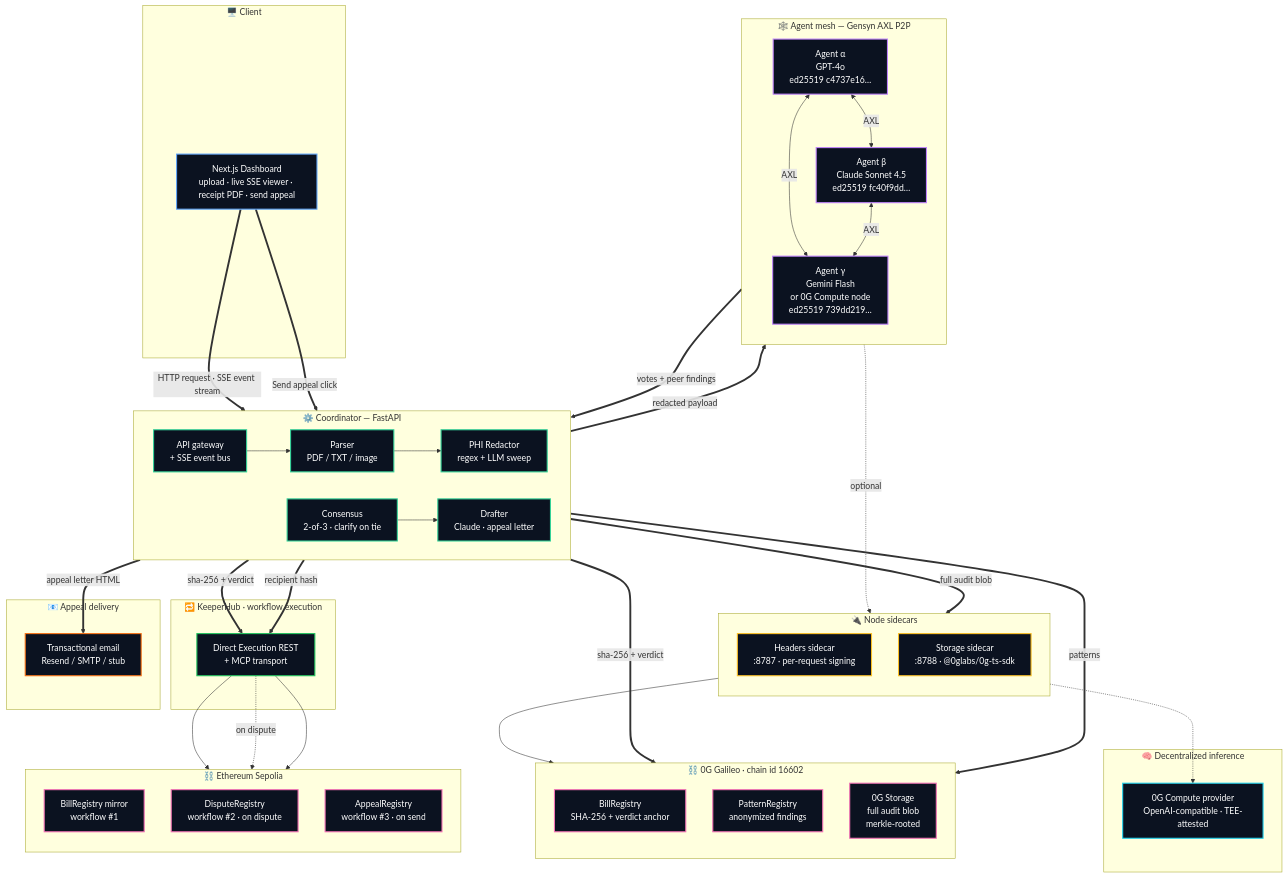
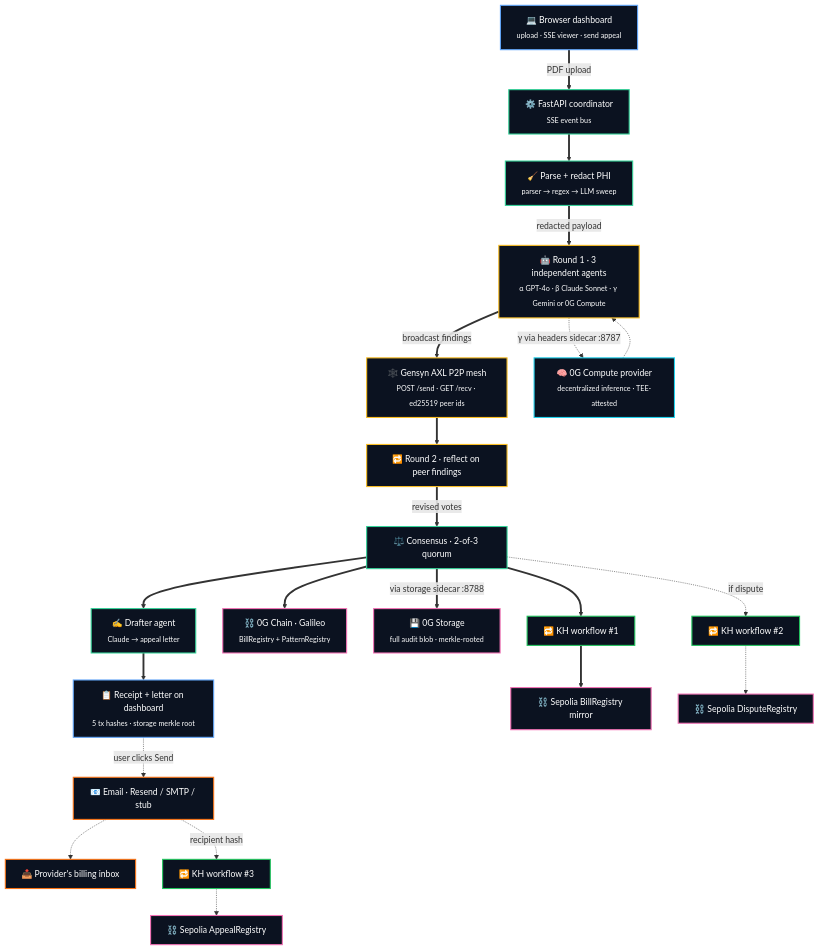
Before and after one commit to jhatch3/lethe-: the diagram in README.md, drawn with Mermaid.

Commit message:
diagrams

````diff
--- a/README.md
+++ b/README.md
@@ -98,92 +98,52 @@
 ```mermaid
 flowchart TB
-    subgraph Client["🖥️ Client"]
-        UI[Next.js Dashboard<br/>upload · live SSE viewer · receipt PDF · send appeal]
-    end
+    %% === Pipeline spine: top-to-bottom data flow, one main path ===
+    User["💻 Browser dashboard<br/><sub>upload · SSE viewer · send appeal</sub>"]
+    Parse["🧹 Parse + redact PHI<br/><sub>parser → regex → LLM sweep</sub>"]
+    Round1["🤖 Round 1 · 3 independent agents<br/><sub>α GPT-4o · β Claude Sonnet · γ Gemini or 0G Compute</sub>"]
+    AXL["🕸️ Gensyn AXL P2P mesh<br/><sub>POST /send · GET /recv · ed25519 peer ids</sub>"]
+    Round2["🔁 Round 2 · reflect on peer findings"]
+    Tally["⚖️ Consensus · 2-of-3 quorum"]
+    Drafter["✍️ Drafter agent<br/><sub>Claude → appeal letter</sub>"]
+    Receipt["📋 Receipt + letter on dashboard<br/><sub>5 tx hashes · storage merkle root</sub>"]
 
-    subgraph Orchestration["⚙️ Coordinator — FastAPI"]
-        direction LR
-        API[API gateway<br/>+ SSE event bus]
-        Parse[Parser<br/>PDF / TXT / image]
-        Redact[PHI Redactor<br/>regex + LLM sweep]
-        Tally[Consensus<br/>2-of-3 · clarify on tie]
-        Drafter[Drafter<br/>Claude · appeal letter]
-    end
+    User ==>|"PDF upload"| API
+    API["⚙️ FastAPI coordinator<br/><sub>SSE event bus</sub>"] ==> Parse
+    Parse ==>|"redacted payload"| Round1
+    Round1 ==>|"broadcast findings"| AXL
+    AXL ==> Round2
+    Round2 ==>|"revised votes"| Tally
+    Tally ==> Drafter
+    Drafter ==> Receipt
 
-    subgraph AgentMesh["🕸️ Agent mesh — Gensyn AXL P2P"]
-        direction TB
-        Alpha[Agent α<br/>GPT-4o<br/>ed25519 c4737e16…]
-        Beta[Agent β<br/>Claude Sonnet 4.5<br/>ed25519 fc40f9dd…]
-        Gamma[Agent γ<br/>Gemini Flash<br/>or 0G Compute node<br/>ed25519 739dd219…]
-        Alpha <-->|AXL| Beta
-        Alpha <-->|AXL| Gamma
-        Beta <-->|AXL| Gamma
-    end
+    %% === Side branch: γ on decentralized inference (optional) ===
+    Round1 -.->|"γ via headers sidecar :8787"| Compute["🧠 0G Compute provider<br/><sub>decentralized inference · TEE-attested</sub>"]
+    Compute -.-> Round1
 
-    subgraph Sidecars["🔌 Node sidecars"]
-        direction TB
-        HSidecar[Headers sidecar<br/>:8787 · per-request signing]
-        SSidecar[Storage sidecar<br/>:8788 · @0glabs/0g-ts-sdk]
-    end
+    %% === Side branch: persistence (parallel writes from Tally) ===
+    Tally ==> ZGChain["⛓️ 0G Chain · Galileo<br/><sub>BillRegistry + PatternRegistry</sub>"]
+    Tally ==>|"via storage sidecar :8788"| ZGStorage["💾 0G Storage<br/><sub>full audit blob · merkle-rooted</sub>"]
+    Tally ==> KH1["🔁 KH workflow #1"] ==> SepMirror["⛓️ Sepolia BillRegistry mirror"]
+    Tally -.->|"if dispute"| KH2["🔁 KH workflow #2"] -.-> SepDispute["⛓️ Sepolia DisputeRegistry"]
 
-    subgraph DecInf["🧠 Decentralized inference"]
-        ZGCompute[0G Compute provider<br/>OpenAI-compatible · TEE-attested]
-    end
+    %% === Side branch: user-initiated appeal send (after receipt) ===
+    Receipt -.->|"user clicks Send"| Email["📧 Email · Resend / SMTP / stub"]
+    Email -.-> Provider["📥 Provider's billing inbox"]
+    Email -.->|"recipient hash"| KH3["🔁 KH workflow #3"] -.-> SepAppeal["⛓️ Sepolia AppealRegistry"]
 
-    subgraph ZG["⛓️ 0G Galileo · chain id 16602"]
-        direction TB
-        BillReg[BillRegistry<br/>SHA-256 + verdict anchor]
-        PatReg[PatternRegistry<br/>anonymized findings]
-        ZGStore[0G Storage<br/>full audit blob<br/>merkle-rooted]
-    end
+    classDef user    fill:#0b1220,stroke:#60a5fa,stroke-width:2px,color:#fff
+    classDef coord   fill:#0b1220,stroke:#34d399,stroke-width:2px,color:#fff
+    classDef agent   fill:#0b1220,stroke:#fbbf24,stroke-width:2px,color:#fff
+    classDef compute fill:#0b1220,stroke:#22d3ee,stroke-width:2px,color:#fff
+    classDef chain   fill:#0b1220,stroke:#f472b6,stroke-width:2px,color:#fff
+    classDef exec    fill:#0b1220,stroke:#22c55e,stroke-width:2px,color:#fff
+    classDef email   fill:#0b1220,stroke:#f97316,stroke-width:2px,color:#fff
 
-    subgraph KH["🔁 KeeperHub · workflow execution"]
-        KHrest[Direct Execution REST<br/>+ MCP transport]
-    end
-
-    subgraph Sepolia["⛓️ Ethereum Sepolia"]
-        direction TB
-        SepBill[BillRegistry mirror<br/>workflow #1]
-        SepDisp[DisputeRegistry<br/>workflow #2 · on dispute]
-        SepApp[AppealRegistry<br/>workflow #3 · on send]
-    end
-
-    subgraph Email["📧 Appeal delivery"]
-        Resend[Transactional email<br/>Resend / SMTP / stub]
-    end
-
-    UI ==>|HTTP request · SSE event stream| API
-    API --> Parse --> Redact
-    Redact ==>|redacted payload| AgentMesh
-    Gamma -.->|optional| HSidecar
-    HSidecar -.-> ZGCompute
-    AgentMesh ==>|votes + peer findings| Tally
-    Tally --> Drafter
-    Tally ==>|sha-256 + verdict| BillReg
-    Tally ==>|patterns| PatReg
-    Tally ==>|full audit blob| SSidecar --> ZGStore
-    Tally ==>|sha-256 + verdict| KHrest
-    KHrest --> SepBill
-    KHrest -.->|on dispute| SepDisp
-    UI ==>|"Send appeal" click| API
-    API ==>|appeal letter HTML| Resend
-    API ==>|recipient hash| KHrest --> SepApp
-
-    classDef client fill:#0b1220,stroke:#60a5fa,stroke-width:2px,color:#fff
-    classDef orch   fill:#0b1220,stroke:#34d399,stroke-width:2px,color:#fff
-    classDef agent  fill:#0b1220,stroke:#c084fc,stroke-width:2px,color:#fff
-    classDef side   fill:#0b1220,stroke:#fbbf24,stroke-width:2px,color:#fff
-    classDef dec    fill:#0b1220,stroke:#22d3ee,stroke-width:2px,color:#fff
-    classDef chain  fill:#0b1220,stroke:#f472b6,stroke-width:2px,color:#fff
-    classDef exec   fill:#0b1220,stroke:#22c55e,stroke-width:2px,color:#fff
-    classDef mail   fill:#0b1220,stroke:#f97316,stroke-width:2px,color:#fff
-
-    class UI client
-    class API,Parse,Redact,Tally,Drafter orch
-    class Alpha,Beta,Gamma agent
-    class HSidecar,SSidecar side
-    class ZGCompute dec
-    class BillReg,PatReg,ZGStore,SepBill,SepDisp,SepApp chain
-    class KHrest exec
-    class Resend mail
+    class User,Receipt user
+    class API,Parse,Tally,Drafter coord
+    class Round1,Round2,AXL agent
+    class Compute compute
+    class ZGChain,ZGStorage,SepMirror,SepDispute,SepAppeal chain
+    class KH1,KH2,KH3 exec
+    class Email,Provider email
 ```
````
